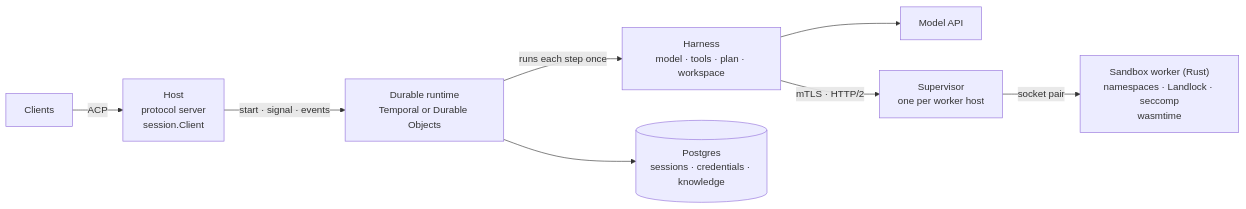
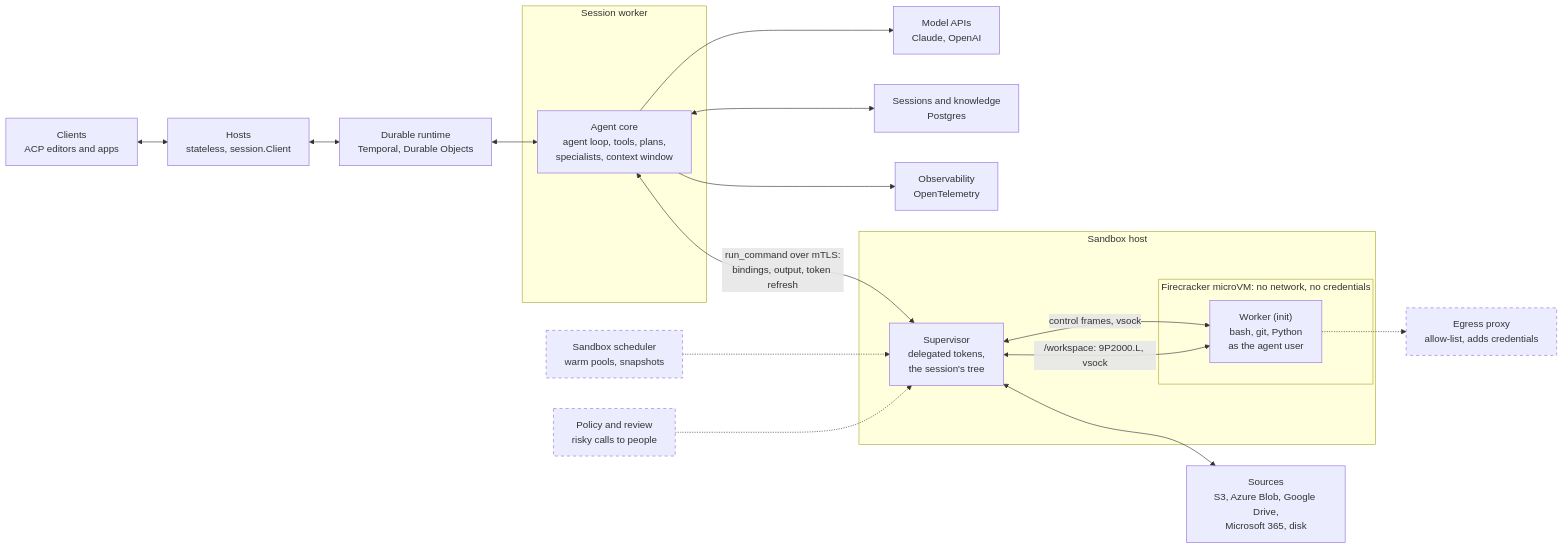
One commit to Ryanaldo34/tacklr changed the diagram in README.md. Above: the diagram before and after it, drawn with Mermaid. The commit also changed other lines of this file and 97 other files, not shown here.

First line of the commit message:
feat(sandbox): Wire unix commands into sandbox worker through run_command tool (#212)

````diff
--- a/README.md
+++ b/README.md
@@ -128,10 +130,28 @@
 ```mermaid
 flowchart LR
-    clients["Clients"] -- "ACP" --> host["Host<br/>protocol server<br/>session.Client"]
-    host -- "start · signal · events" --> runtime["Durable runtime<br/>Temporal or Durable Objects"]
-    runtime -- "runs each step once" --> harness["Harness<br/>model · tools · plan · workspace"]
-    harness --> model["Model API"]
-    runtime --> stores[("Postgres<br/>sessions · credentials · knowledge")]
-    harness -- "mTLS · HTTP/2" --> supervisor["Supervisor<br/>one per worker host"]
-    supervisor -- "socket pair" --> worker["Sandbox worker (Rust)<br/>namespaces · Landlock · seccomp<br/>wasmtime"]
+    client["Clients<br/>ACP editors and apps"] <--> host["Hosts<br/>stateless, session.Client"]
+    host <--> runtime["Durable runtime<br/>Temporal, Durable Objects"]
+    subgraph sessionworker["Session worker"]
+        core["Agent core<br/>agent loop, tools, plans,<br/>specialists, context window"]
+    end
+    runtime <--> core
+    core --> models["Model APIs<br/>Claude, OpenAI"]
+    core <--> stores["Sessions and knowledge<br/>Postgres"]
+    core --> otel["Observability<br/>OpenTelemetry"]
+    core <-- "run_command over mTLS:<br/>bindings, output, token refresh" --> supervisor
+    subgraph sandboxhost["Sandbox host"]
+        supervisor["Supervisor<br/>delegated tokens,<br/>the session's tree"]
+        subgraph vm["Firecracker microVM: no network, no credentials"]
+            worker["Worker (init)<br/>bash, git, Python<br/>as the agent user"]
+        end
+        supervisor <-- "control frames, vsock" --> worker
+        supervisor <-- "/workspace: 9P2000.L, vsock" --> worker
+    end
+    supervisor <--> sources["Sources<br/>S3, Azure Blob, Google Drive,<br/>Microsoft 365, disk"]
+    scheduler["Sandbox scheduler<br/>warm pools, snapshots"] -.-> supervisor
+    policy["Policy and review<br/>risky calls to people"] -.-> supervisor
+    worker -.-> proxy["Egress proxy<br/>allow-list, adds credentials"]
+
+    classDef planned stroke-dasharray: 5 5
+    class scheduler,policy,proxy planned
 ```
````
